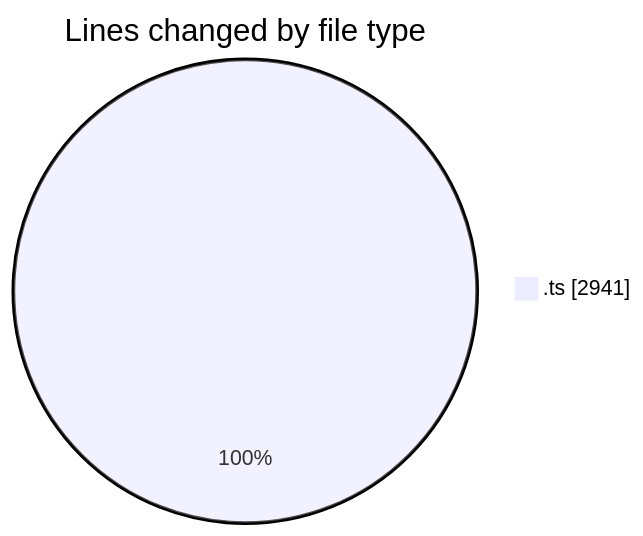
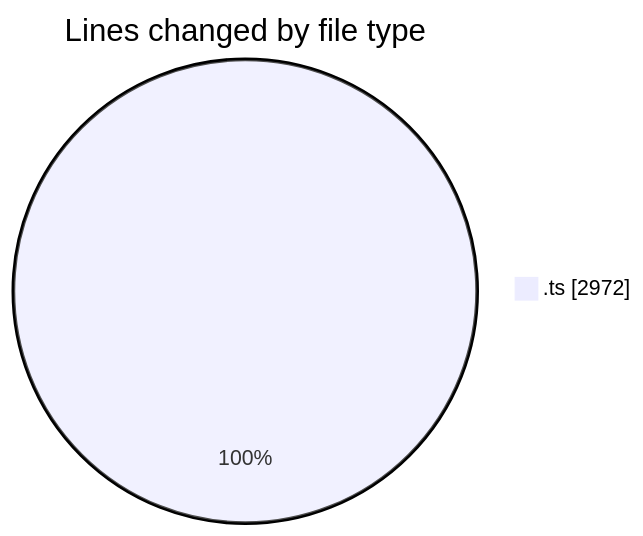
The first of 2 diagrams in 2025-06-24/cda/README.md (momahboobian/code-tracking), drawn with Mermaid before and after one commit. The commit also changed other lines of this file and 1 other file, not shown here.

````diff
--- a/2025-06-24/cda/README.md
+++ b/2025-06-24/cda/README.md
@@ -24,5 +24,5 @@
 ```mermaid
 pie showData
 title Lines changed by file type
-".ts" : 2941
+".ts" : 2972
 ```
````
